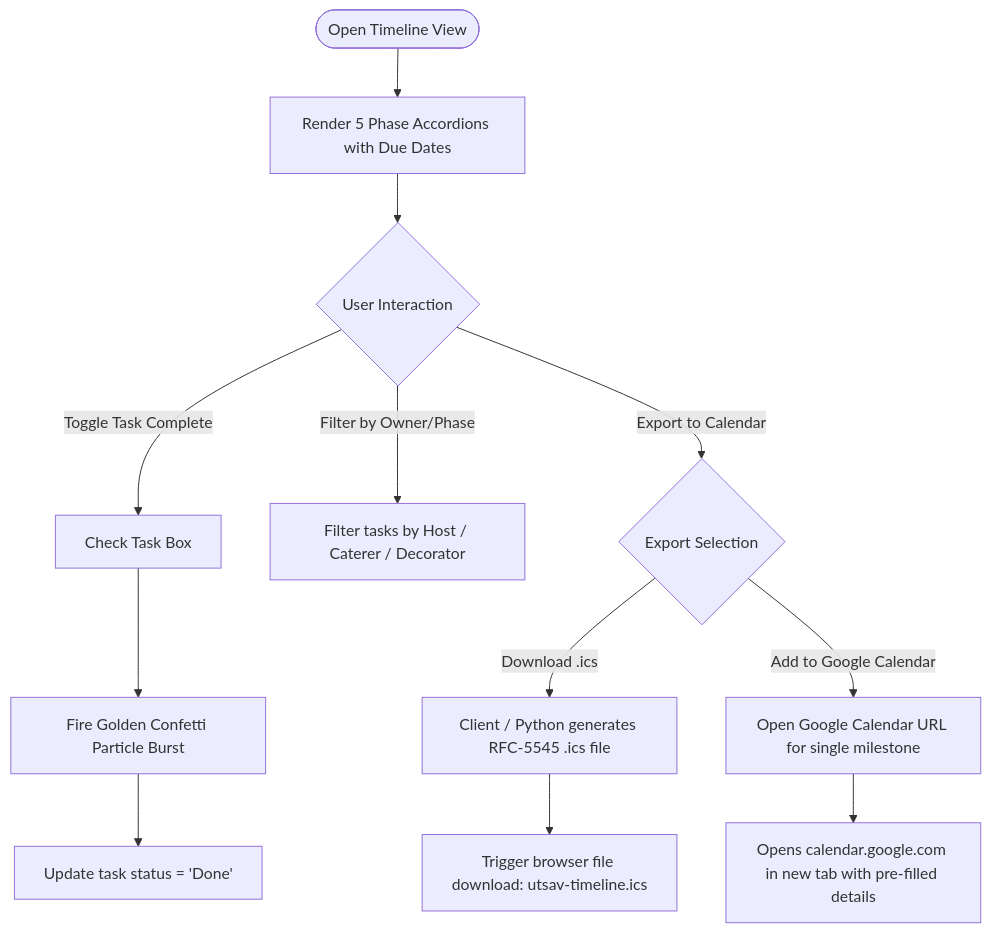
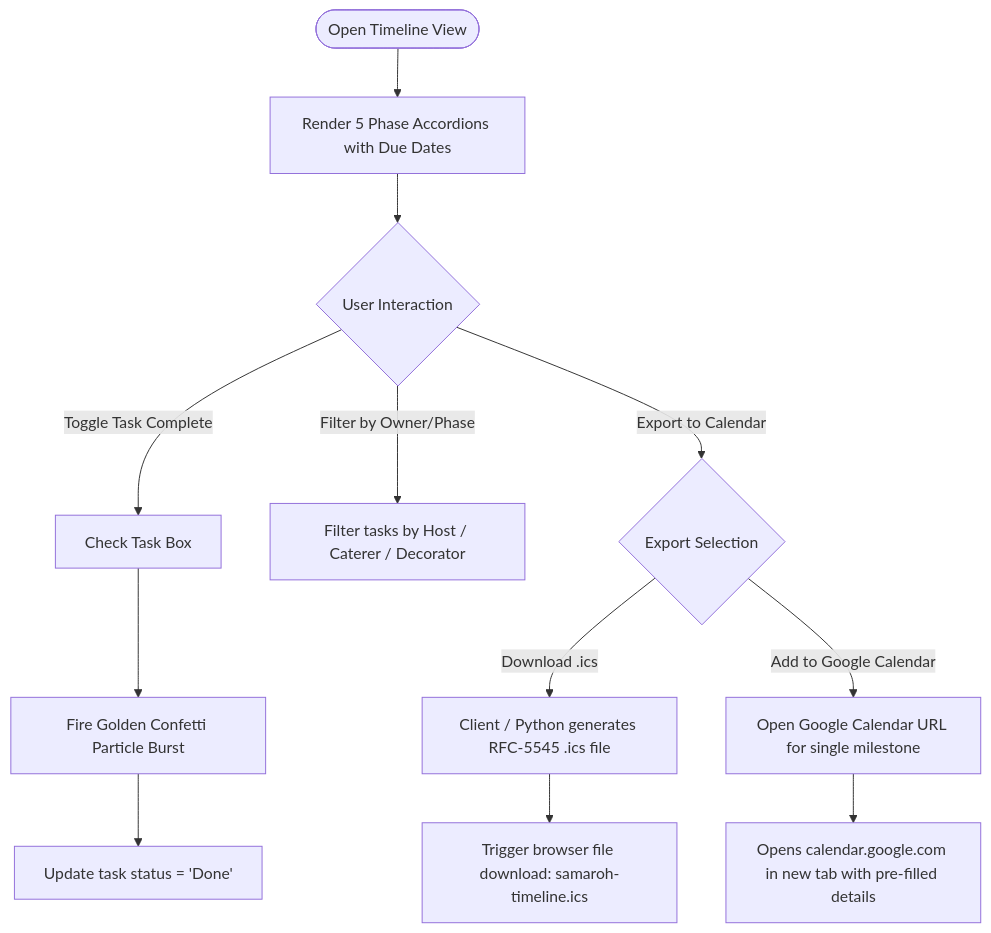
Before and after one commit to ashish-29-2003/Event-Planner: the fifth of 8 diagrams in docs/APP_FLOW.md, drawn with Mermaid. The commit also changed other lines of this file and 11 other files, not shown here.

````diff
--- a/docs/APP_FLOW.md
+++ b/docs/APP_FLOW.md
@@ -148,18 +148,18 @@
 ```mermaid
 flowchart TD
     OpenTimeline([Open Timeline View]) --> RenderPhases[Render 5 Phase Accordions with Due Dates]
     RenderPhases --> Action{User Interaction}
     
     Action -->|Toggle Task Complete| Checkbox[Check Task Box]
     Checkbox --> TriggerConfetti[Fire Golden Confetti Particle Burst]
     TriggerConfetti --> UpdateDB[Update task status = 'Done']
     
     Action -->|Filter by Owner/Phase| Filter[Filter tasks by Host / Caterer / Decorator]
     
     Action -->|Export to Calendar| CalendarCTA{Export Selection}
     CalendarCTA -->|Download .ics| BuildICS[Client / Python generates RFC-5545 .ics file]
-    BuildICS --> SaveFile[Trigger browser file download: utsav-timeline.ics]
+    BuildICS --> SaveFile[Trigger browser file download: samaroh-timeline.ics]
     
     CalendarCTA -->|Add to Google Calendar| GCalLink[Open Google Calendar URL for single milestone]
     GCalLink --> OpenBrowserTab[Opens calendar.google.com in new tab with pre-filled details]
 ```
````
